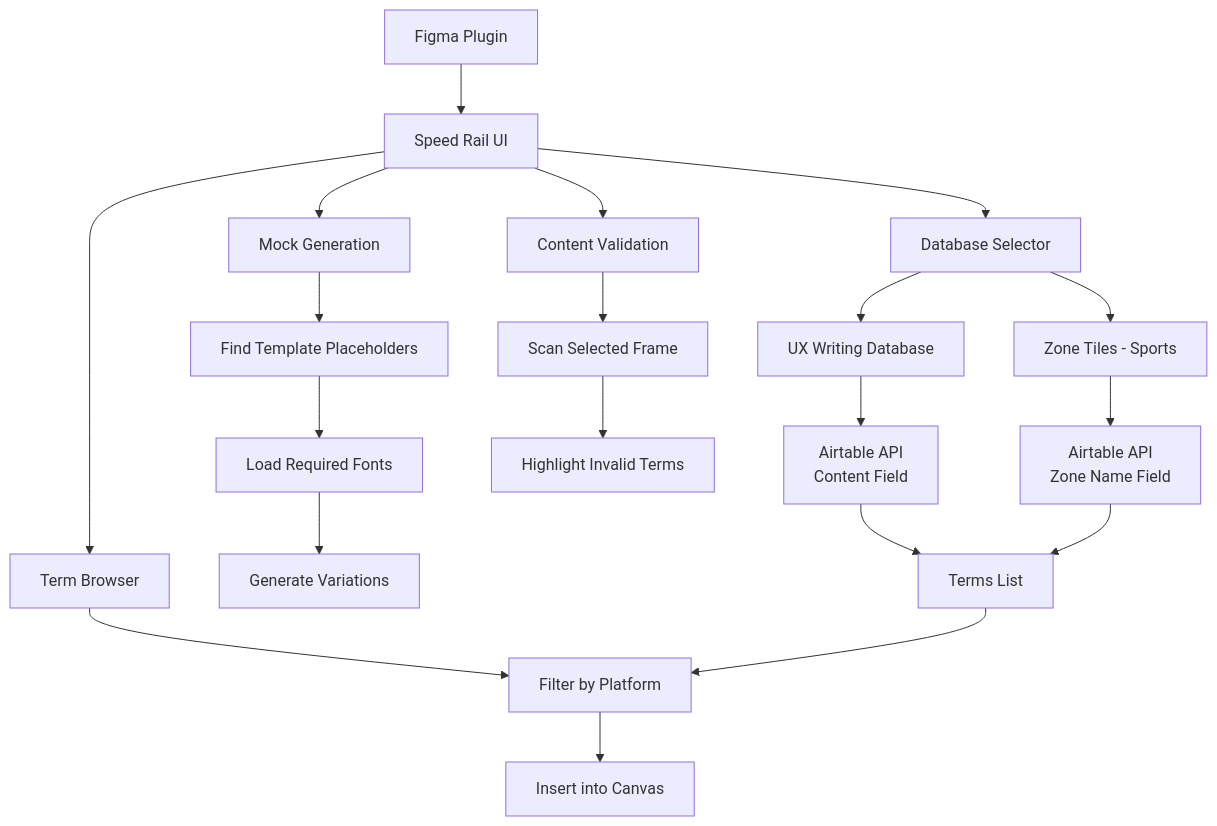
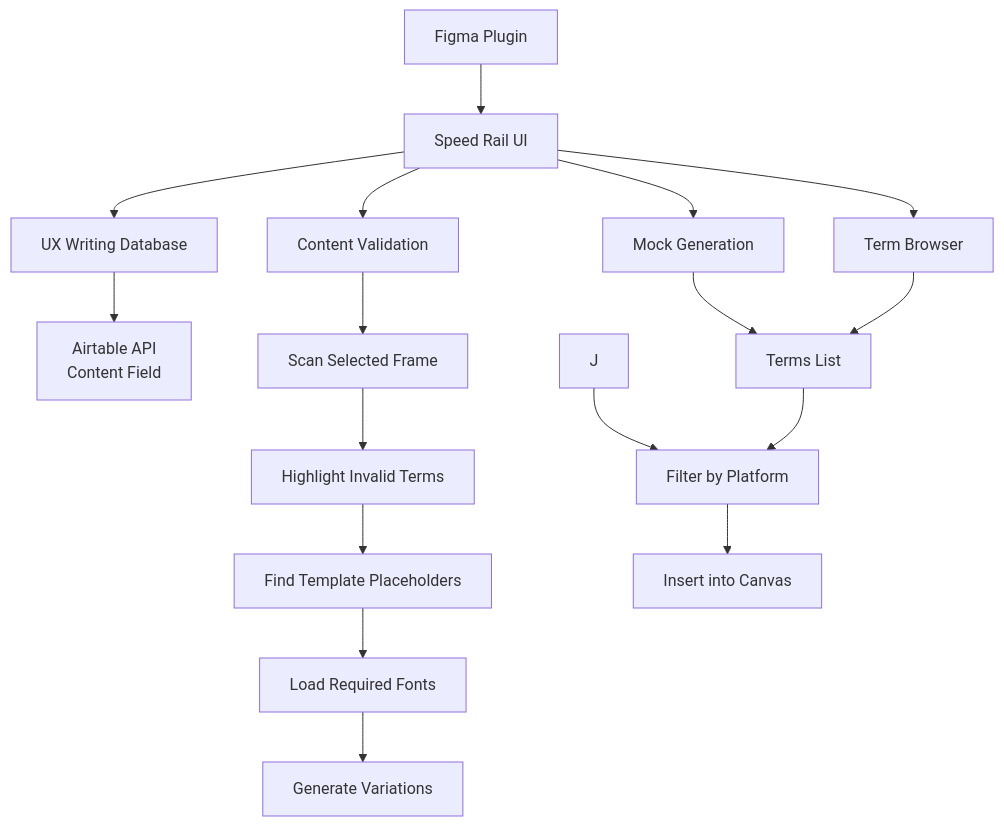
The diagram in README.md (stevenvillarino/design-system-writing-database), drawn with Mermaid before and after one commit. The commit also changed other lines of this file and 5 other files, not shown here.

````diff
--- a/README.md
+++ b/README.md
@@ -48,28 +48,25 @@
 ```mermaid
 graph TD
     A[Figma Plugin] --> B[Speed Rail UI]
-    B --> C[Database Selector]
-    C --> D[UX Writing Database]
-    C --> E[Zone Tiles - Sports]
-    
-    D --> F[Airtable API<br/>Content Field]
-    E --> G[Airtable API<br/>Zone Name Field]
-    
-    B --> H[Content Validation]
-    B --> I[Mock Generation]
-    B --> J[Term Browser]
-    
-    H --> K[Scan Selected Frame]
-    K --> L[Highlight Invalid Terms]
+    B --> C[UX Writing Database]
+
+    C --> D[Airtable API<br/>Content Field]
+
+    B --> E[Content Validation]
+    B --> F[Mock Generation]
+    B --> G[Term Browser]
+
+    E --> H[Scan Selected Frame]
+    H --> I[Highlight Invalid Terms]
     
     I --> M[Find Template Placeholders]
     M --> N[Load Required Fonts]
     N --> O[Generate Variations]
     
     J --> P[Filter by Platform]
     P --> Q[Insert into Canvas]
     
     F --> R[Terms List]
     G --> R
     R --> P
 ```
````
